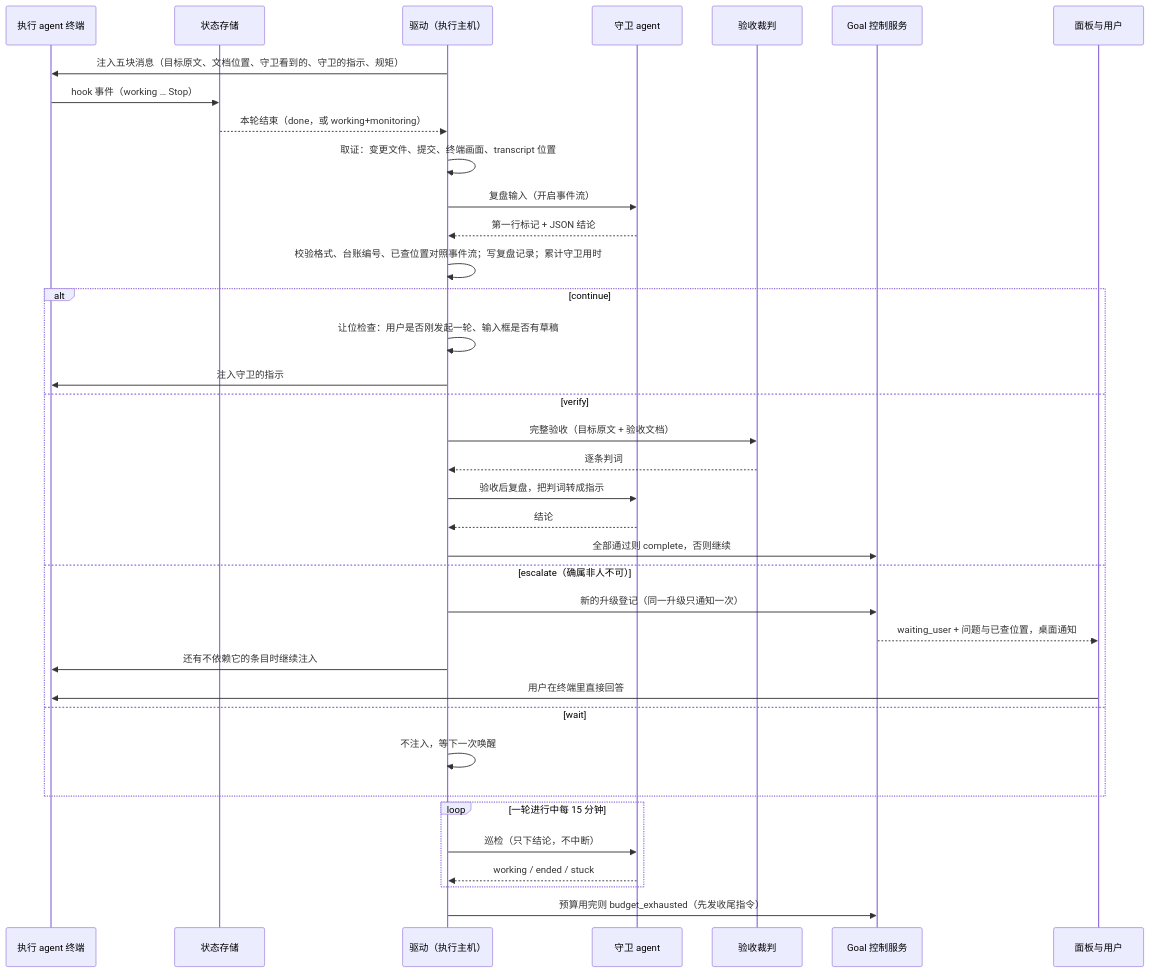
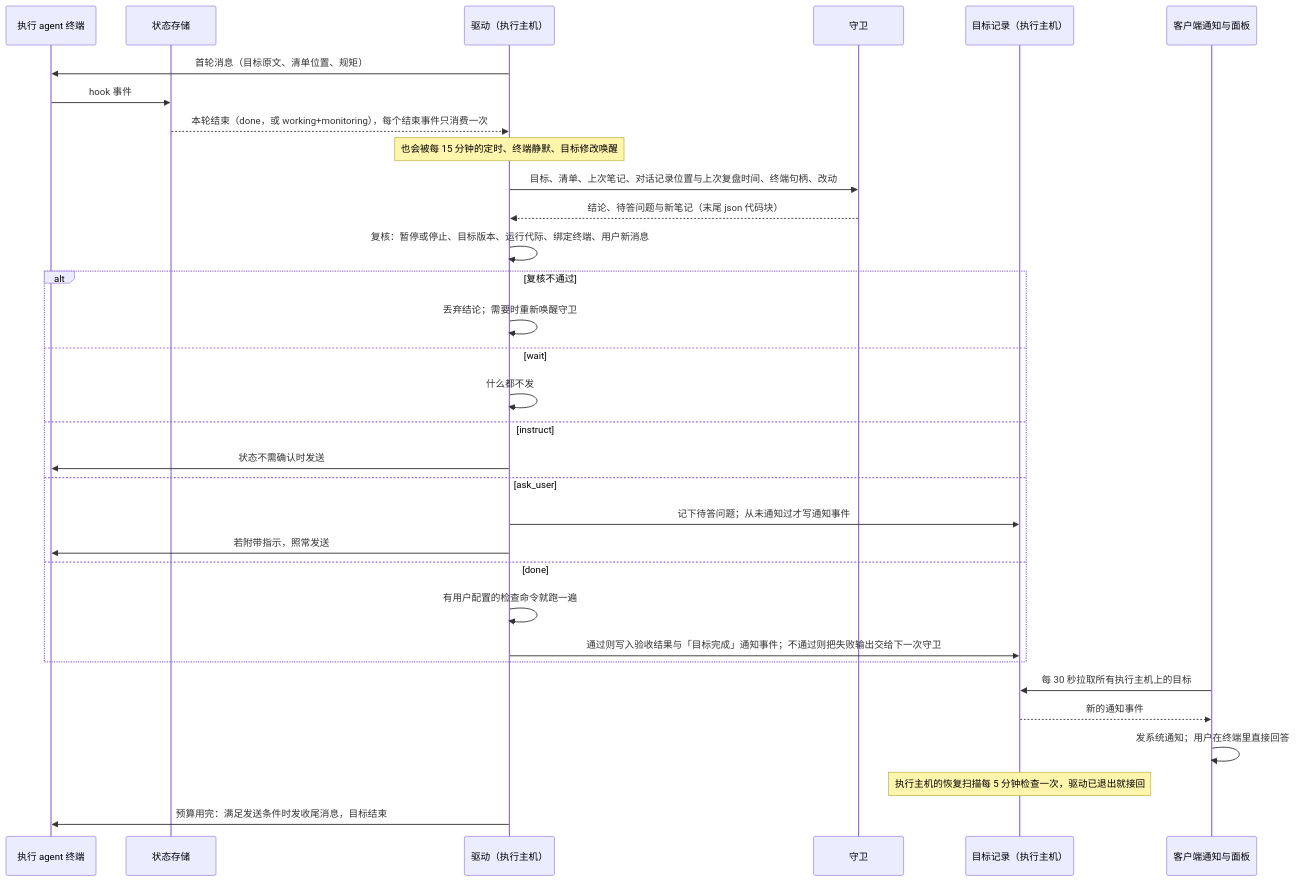
The first of 3 diagrams in docs/issue/Goal目标模式/solutions/Goal守卫监工与唤醒兜底修订方案.md (Fartown/orca), drawn with Mermaid before and after one commit. The commit also changed other lines of this file and 87 other files, not shown here.

````diff
--- a/docs/issue/Goal目标模式/solutions/Goal守卫监工与唤醒兜底修订方案.md
+++ b/docs/issue/Goal目标模式/solutions/Goal守卫监工与唤醒兜底修订方案.md
@@ -185,40 +144,35 @@
 ```mermaid
 sequenceDiagram
   participant T as 执行 agent 终端
   participant S as 状态存储
   participant D as 驱动（执行主机）
-  participant G as 守卫 agent
-  participant J as 验收裁判
-  participant H as Goal 控制服务
-  participant U as 面板与用户
+  participant G as 守卫
+  participant R as 目标记录（执行主机）
+  participant C as 客户端通知与面板
 
-  D->>T: 注入五块消息（目标原文、文档位置、守卫看到的、守卫的指示、规矩）
-  T->>S: hook 事件（working … Stop）
-  S-->>D: 本轮结束（done，或 working+monitoring）
-  D->>D: 取证：变更文件、提交、终端画面、transcript 位置
-  D->>G: 复盘输入（开启事件流）
-  G-->>D: 第一行标记 + JSON 结论
-  D->>D: 校验格式、台账编号、已查位置对照事件流；写复盘记录；累计守卫用时
-  alt continue
-    D->>D: 让位检查：用户是否刚发起一轮、输入框是否有草稿
-    D->>T: 注入守卫的指示
-  else verify
-    D->>J: 完整验收（目标原文 + 验收文档）
-    J-->>D: 逐条判词
-    D->>G: 验收后复盘，把判词转成指示
-    G-->>D: 结论
-    D->>H: 全部通过则 complete，否则继续
-  else escalate（确属非人不可）
-    D->>H: 新的升级登记（同一升级只通知一次）
-    H-->>U: waiting_user + 问题与已查位置，桌面通知
-    D->>T: 还有不依赖它的条目时继续注入
-    U->>T: 用户在终端里直接回答
+  D->>T: 首轮消息（目标原文、清单位置、规矩）
+  T->>S: hook 事件
+  S-->>D: 本轮结束（done，或 working+monitoring），每个结束事件只消费一次
+  Note over D: 也会被每 15 分钟的定时、终端静默、目标修改唤醒
+  D->>G: 目标、清单、上次笔记、对话记录位置与上次复盘时间、终端句柄、改动
+  G-->>D: 结论、待答问题与新笔记（末尾 json 代码块）
+  D->>D: 复核：暂停或停止、目标版本、运行代际、绑定终端、用户新消息
+  alt 复核不通过
+    D->>D: 丢弃结论；需要时重新唤醒守卫
   else wait
-    D->>D: 不注入，等下一次唤醒
+    D->>D: 什么都不发
+  else instruct
+    D->>T: 状态不需确认时发送
+  else ask_user
+    D->>R: 记下待答问题；从未通知过才写通知事件
+    D->>T: 若附带指示，照常发送
+  else done
+    D->>D: 有用户配置的检查命令就跑一遍
+    D->>R: 通过则写入验收结果与「目标完成」通知事件；不通过则把失败输出交给下一次守卫
   end
-  loop 一轮进行中每 15 分钟
-    D->>G: 巡检（只下结论，不中断）
-    G-->>D: working / ended / stuck
-  end
-  D->>H: 预算用完则 budget_exhausted（先发收尾指令）
+  C->>R: 每 30 秒拉取所有执行主机上的目标
+  R-->>C: 新的通知事件
+  C->>C: 发系统通知；用户在终端里直接回答
+  Note over R: 执行主机的恢复扫描每 5 分钟检查一次，驱动已退出就接回
+  D->>T: 预算用完：满足发送条件时发收尾消息，目标结束
 ```
````
